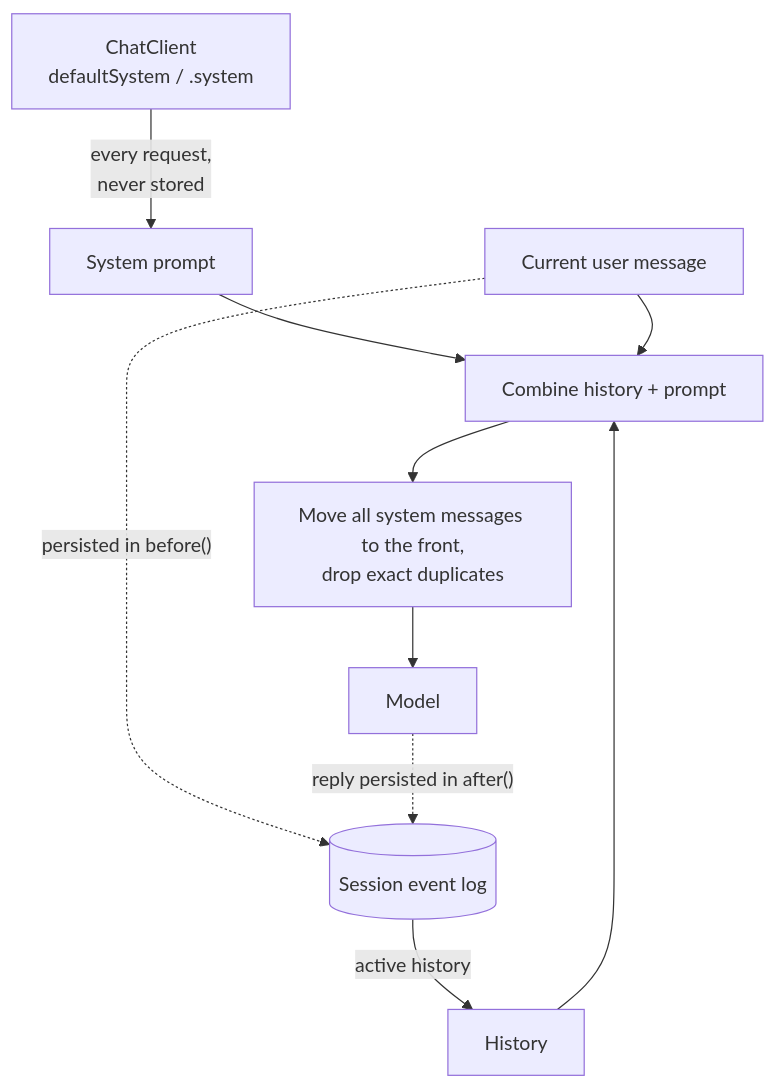
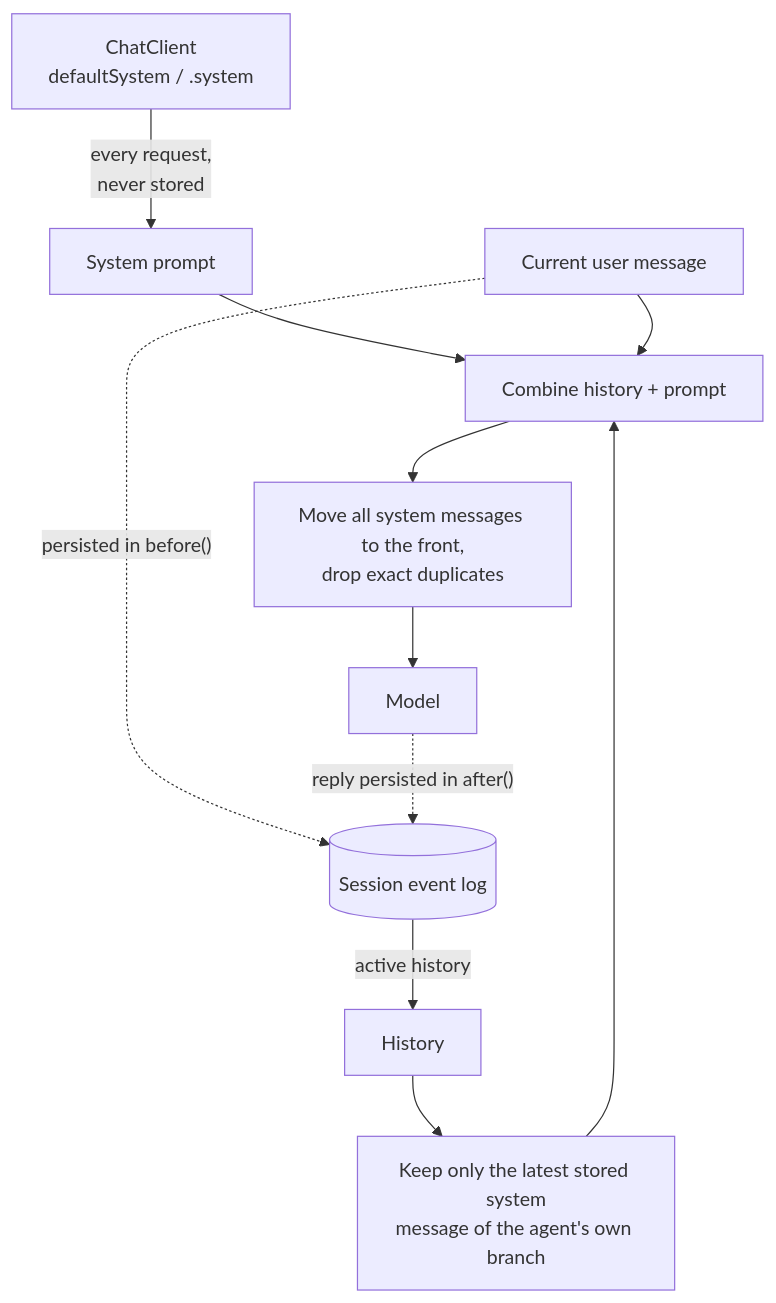
One commit to spring-ai-community/spring-ai-session changed the second of 2 diagrams in docs/session-management/system-messages.md. Above: the diagram before and after it, drawn with Mermaid. The commit also changed other lines of this file and 21 other files, not shown here.

````diff
--- a/docs/session-management/system-messages.md
+++ b/docs/session-management/system-messages.md
@@ -191,13 +180,14 @@
 ```mermaid
 flowchart TB
     CC["ChatClient<br/>defaultSystem / .system"] -->|"every request,<br/>never stored"| SP["System prompt"]
     LOG[("Session event log")] -->|"active history"| H["History"]
     UM["Current user message"]
     SP --> C["Combine history + prompt"]
-    H --> C
+    H --> SEL["Keep only the latest stored system<br/>message of the agent's own branch"]
+    SEL --> C
     UM --> C
     C --> F["Move all system messages to the front,<br/>drop exact duplicates"]
     F --> LLM["Model"]
     UM -.->|"persisted in before()"| LOG
     LLM -.->|"reply persisted in after()"| LOG
 ```
````
